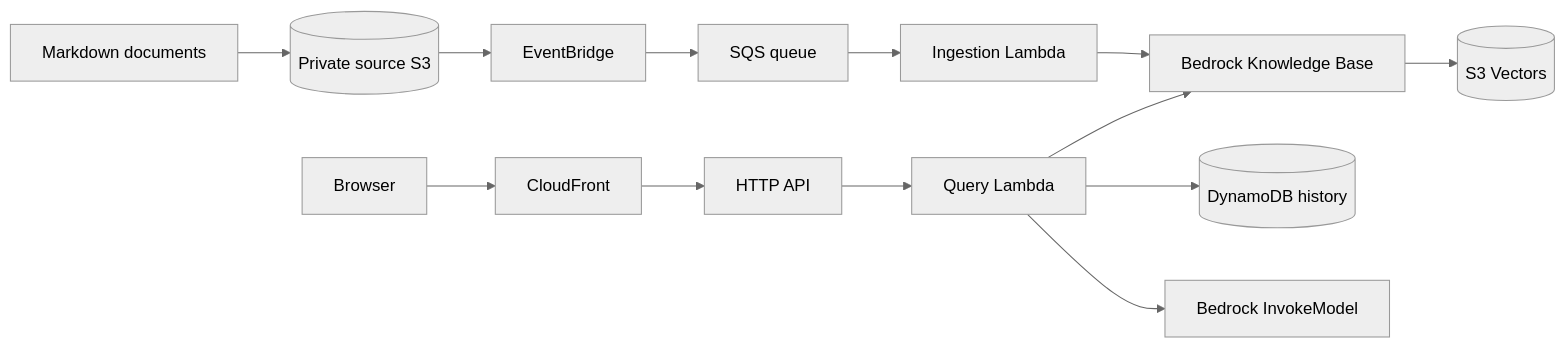
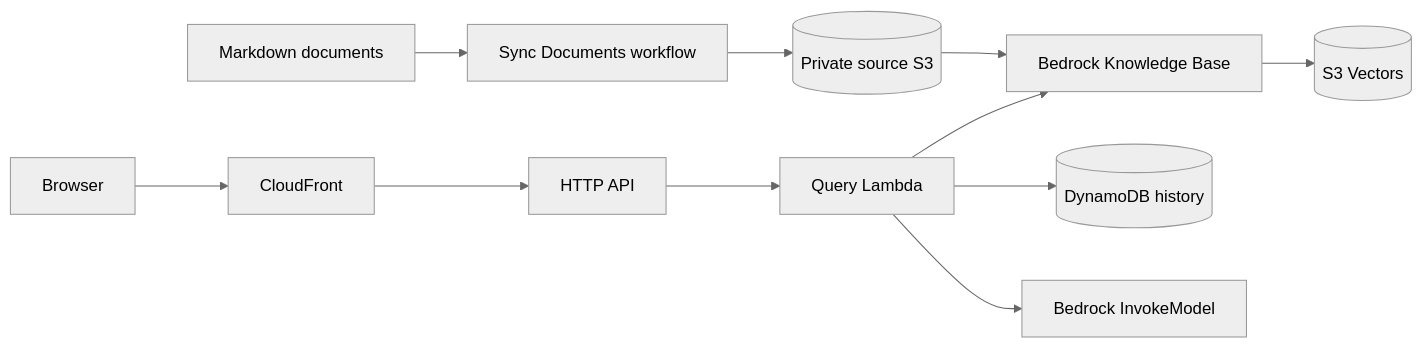
The diagram in README.md (Norahbiju/chatbot), drawn with Mermaid (neutral theme) before and after one commit. The commit also changed other lines of this file and 22 other files, not shown here.

Commit message:
feat: split knowledge base document sync

````diff
--- a/README.md
+++ b/README.md
@@ -5,15 +5,13 @@
 ```mermaid
 flowchart LR
-  D[Markdown documents] --> S3[(Private source S3)]
-  S3 --> EB[EventBridge]
-  EB --> Q[SQS queue]
-  Q --> IL[Ingestion Lambda]
-  IL --> KB[Bedrock Knowledge Base]
+  D[Markdown documents] --> SD[Sync Documents workflow]
+  SD --> S3[(Private source S3)]
+  S3 --> KB[Bedrock Knowledge Base]
   KB --> SV[(S3 Vectors)]
   B[Browser] --> CF[CloudFront]
   CF --> API[HTTP API]
   API --> QL[Query Lambda]
   QL --> DDB[(DynamoDB history)]
   QL --> KB
   QL --> FM[Bedrock InvokeModel]
 ```
````
